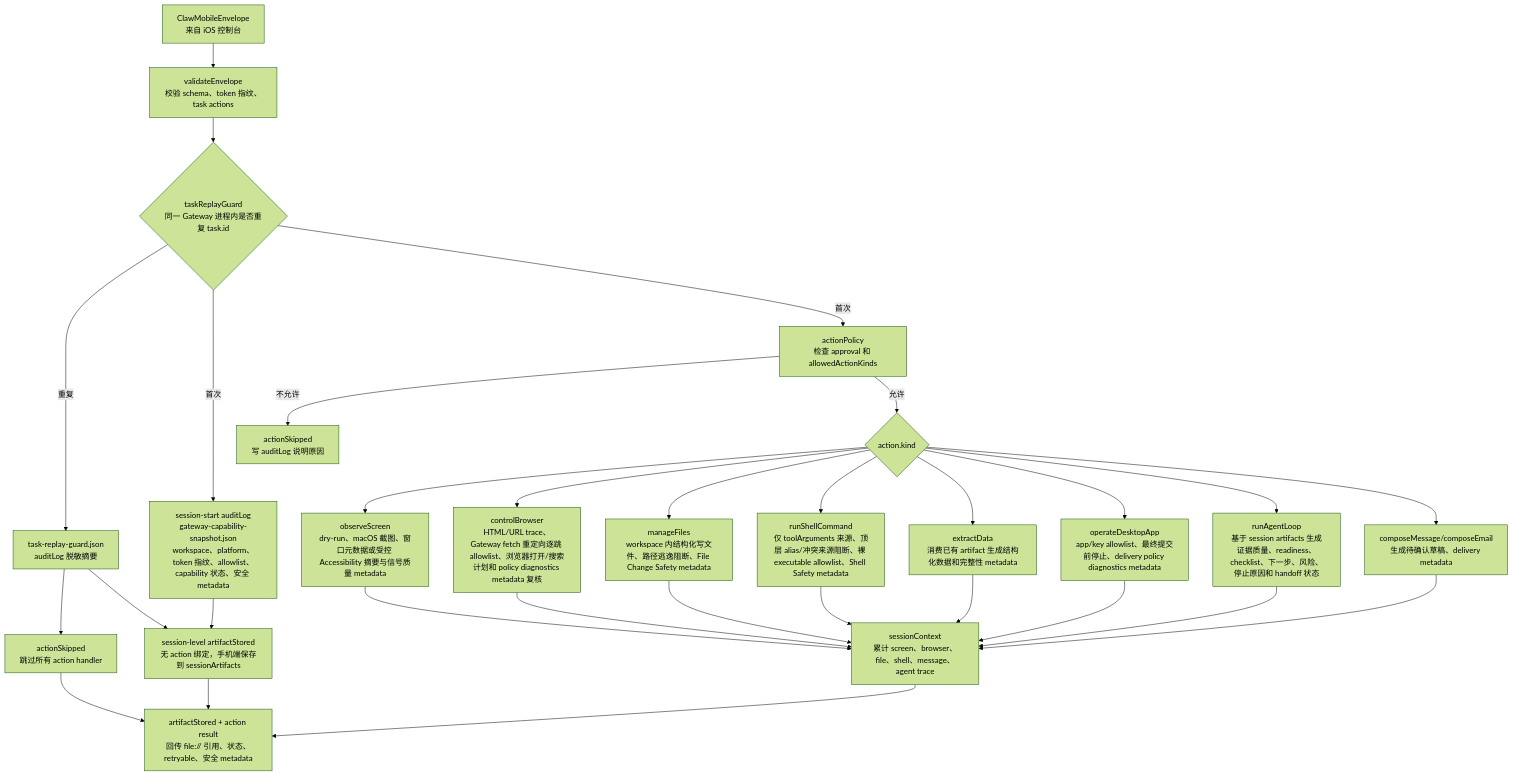
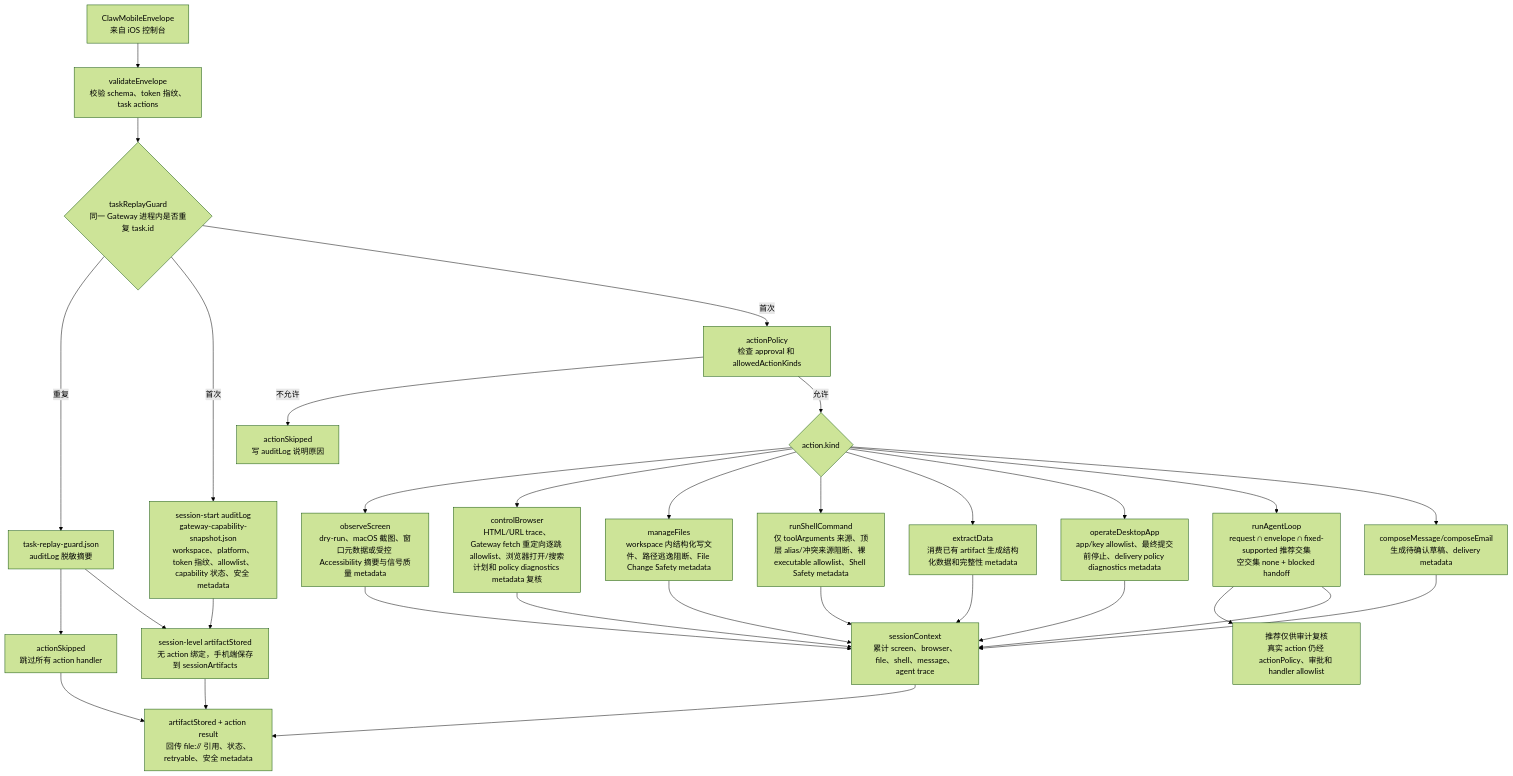
Before and after one commit to Altman-sam114/115: the second of 3 diagrams in md/flow/flowchart.md, drawn with Mermaid (forest theme). The commit also changed other lines of this file and 15 other files, not shown here.

````diff
--- a/md/flow/flowchart.md
+++ b/md/flow/flowchart.md
@@ -74,32 +74,33 @@
 ```mermaid
 flowchart TD
   ENV["ClawMobileEnvelope<br/>来自 iOS 控制台"] --> VAL["validateEnvelope<br/>校验 schema、token 指纹、task actions"]
   VAL --> REPLAY{"taskReplayGuard<br/>同一 Gateway 进程内是否重复 task.id"}
   REPLAY -->|"重复"| RG["task-replay-guard.json<br/>auditLog 脱敏摘要"]
   RG --> RGS["actionSkipped<br/>跳过所有 action handler"]
   RG --> SOUT
   RGS --> OUT
   REPLAY -->|"首次"| SNAP["session-start auditLog<br/>gateway-capability-snapshot.json<br/>workspace、platform、token 指纹、allowlist、capability 状态、安全 metadata"]
   REPLAY -->|"首次"| POL["actionPolicy<br/>检查 approval 和 allowedActionKinds"]
   POL -->|不允许| SKIP["actionSkipped<br/>写 auditLog 说明原因"]
   POL -->|允许| KIND{"action.kind"}
   KIND --> OBS["observeScreen<br/>dry-run、macOS 截图、窗口元数据或受控 Accessibility 摘要与信号质量 metadata"]
   KIND --> BRO["controlBrowser<br/>HTML/URL trace、Gateway fetch 重定向逐跳 allowlist、浏览器打开/搜索计划和 policy diagnostics metadata 复核"]
   KIND --> FILE["manageFiles<br/>workspace 内结构化写文件、路径逃逸阻断、File Change Safety metadata"]
   KIND --> SH["runShellCommand<br/>仅 toolArguments 来源、顶层 alias/冲突来源阻断、裸 executable allowlist、Shell Safety metadata"]
   KIND --> EXT["extractData<br/>消费已有 artifact 生成结构化数据和完整性 metadata"]
   KIND --> APP["operateDesktopApp<br/>app/key allowlist、最终提交前停止、delivery policy diagnostics metadata"]
-  KIND --> AG["runAgentLoop<br/>基于 session artifacts 生成证据质量、readiness、checklist、下一步、风险、停止原因和 handoff 状态"]
+  KIND --> AG["runAgentLoop<br/>request ∩ envelope ∩ fixed-supported 推荐交集<br/>空交集 none + blocked handoff"]
+  AG --> AGPOL["推荐仅供审计复核<br/>真实 action 仍经 actionPolicy、审批和 handler allowlist"]
   KIND --> MSG["composeMessage/composeEmail<br/>生成待确认草稿、delivery metadata"]
   OBS --> CTX["sessionContext<br/>累计 screen、browser、file、shell、message、agent trace"]
   BRO --> CTX
   FILE --> CTX
   SH --> CTX
   EXT --> CTX
   APP --> CTX
   AG --> CTX
   MSG --> CTX
   SNAP --> SOUT["session-level artifactStored<br/>无 action 绑定，手机端保存到 sessionArtifacts"]
   CTX --> OUT["artifactStored + action result<br/>回传 file:// 引用、状态、retryable、安全 metadata"]
   SOUT --> OUT
 ```
````
